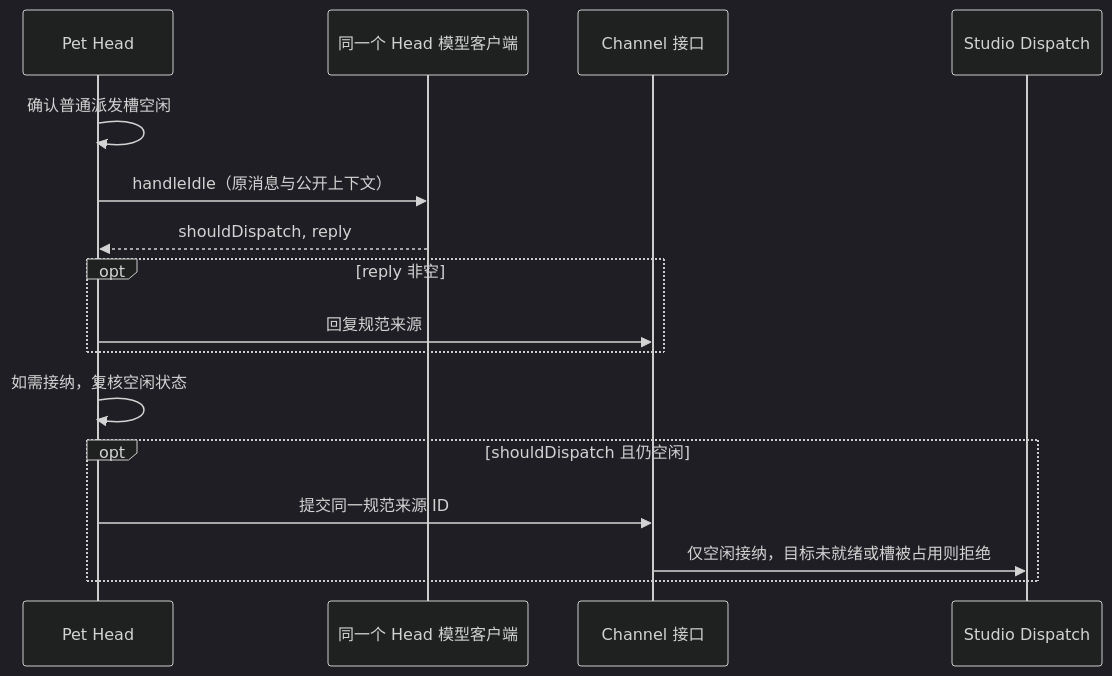
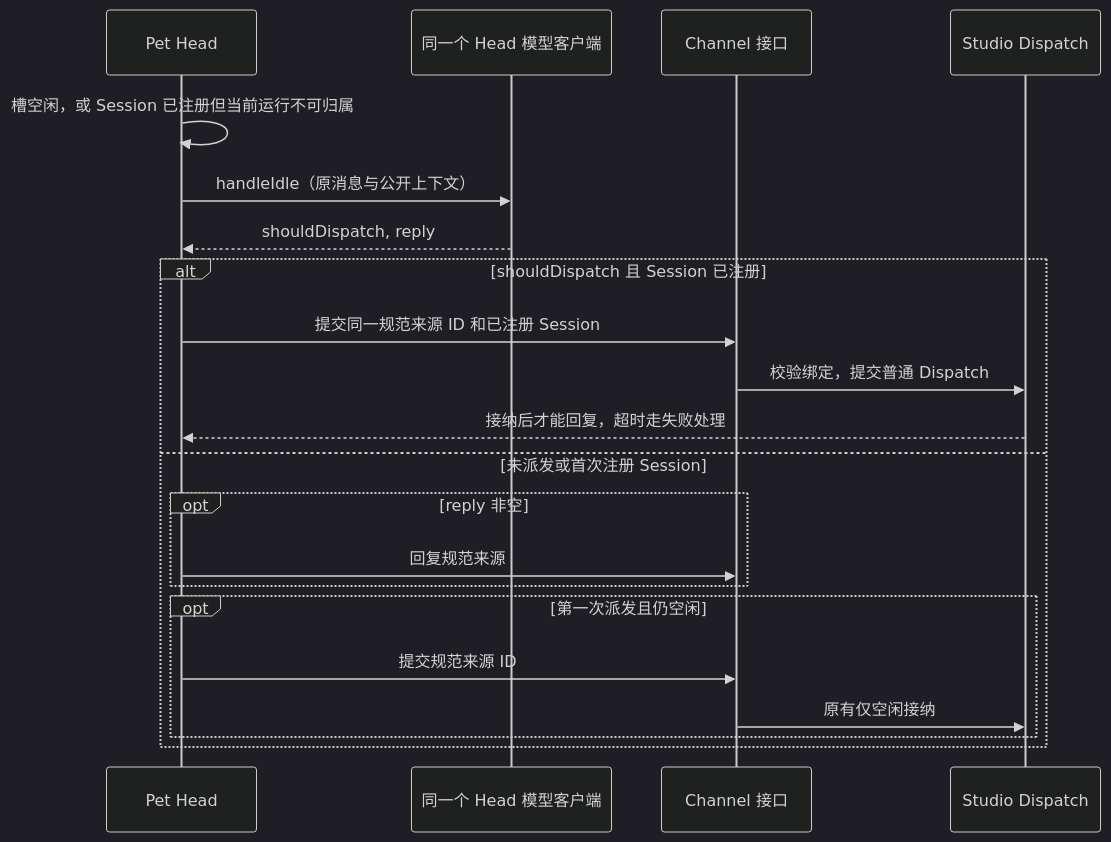
The third of 5 diagrams in docs/design/studio/pet-head-mechanism.md (pinpawo/pinpawo-agent), drawn with Mermaid (dark theme) before and after one commit. The commit also changed other lines of this file and 6 other files, not shown here.

````diff
--- a/docs/design/studio/pet-head-mechanism.md
+++ b/docs/design/studio/pet-head-mechanism.md
@@ -80,18 +80,23 @@
 ```mermaid
 sequenceDiagram
     participant H as Pet Head
     participant M as 同一个 Head 模型客户端
     participant C as Channel 接口
     participant D as Studio Dispatch
-    H->>H: 确认普通派发槽空闲
+    H->>H: 槽空闲，或 Session 已注册但当前运行不可归属
     H->>M: handleIdle（原消息与公开上下文）
     M-->>H: shouldDispatch, reply
-    opt reply 非空
-        H->>C: 回复规范来源
-    end
-    H->>H: 如需接纳，复核空闲状态
-    opt shouldDispatch 且仍空闲
-        H->>C: 提交同一规范来源 ID
-        C->>D: 仅空闲接纳，目标未就绪或槽被占用则拒绝
+    alt shouldDispatch 且 Session 已注册
+        H->>C: 提交同一规范来源 ID 和已注册 Session
+        C->>D: 校验绑定，提交普通 Dispatch
+        D-->>H: 接纳后才能回复，超时走失败处理
+    else 未派发或首次注册 Session
+        opt reply 非空
+            H->>C: 回复规范来源
+        end
+        opt 第一次派发且仍空闲
+            H->>C: 提交规范来源 ID
+            C->>D: 原有仅空闲接纳
+        end
     end
 ```
````
